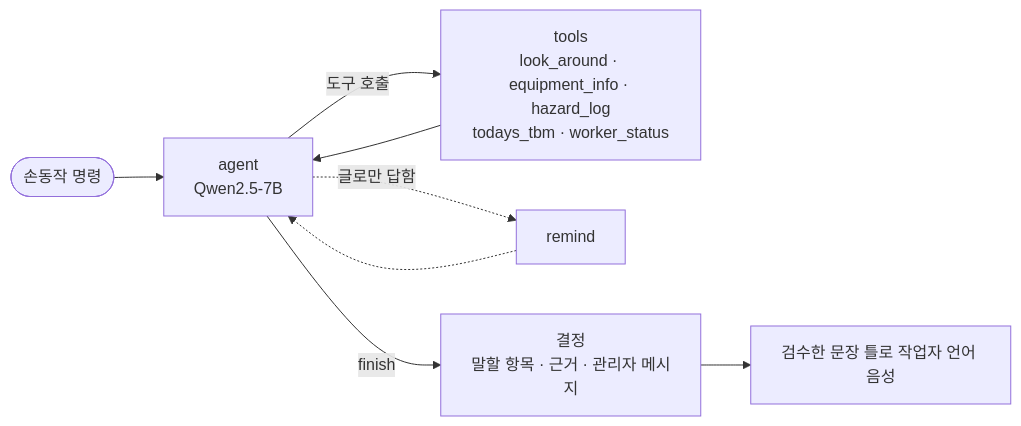
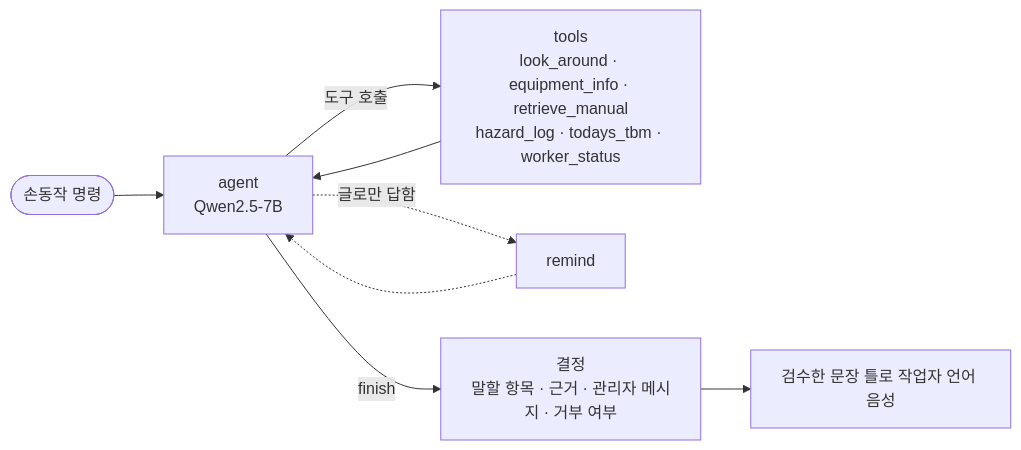
One commit to HardLeona/factory-safety-isaac changed the diagram in README.md. Above: the diagram before and after it, drawn with Mermaid. The commit also changed other lines of this file and 23 other files, not shown here.

````diff
--- a/README.md
+++ b/README.md
@@ -105,9 +118,9 @@
   ```mermaid
   flowchart LR
     S([손동작 명령]) --> A[agent<br/>Qwen2.5-7B]
-    A -- 도구 호출 --> T[tools<br/>look_around · equipment_info · hazard_log<br/>todays_tbm · worker_status]
+    A -- 도구 호출 --> T[tools<br/>look_around · equipment_info · retrieve_manual<br/>hazard_log · todays_tbm · worker_status]
     T --> A
     A -. 글로만 답함 .-> M[remind] -.-> A
-    A -- finish --> R[결정<br/>말할 항목 · 근거 · 관리자 메시지]
+    A -- finish --> R[결정<br/>말할 항목 · 근거 · 관리자 메시지 · 거부 여부]
     R --> V[검수한 문장 틀로 작업자 언어 음성]
   ```
````
